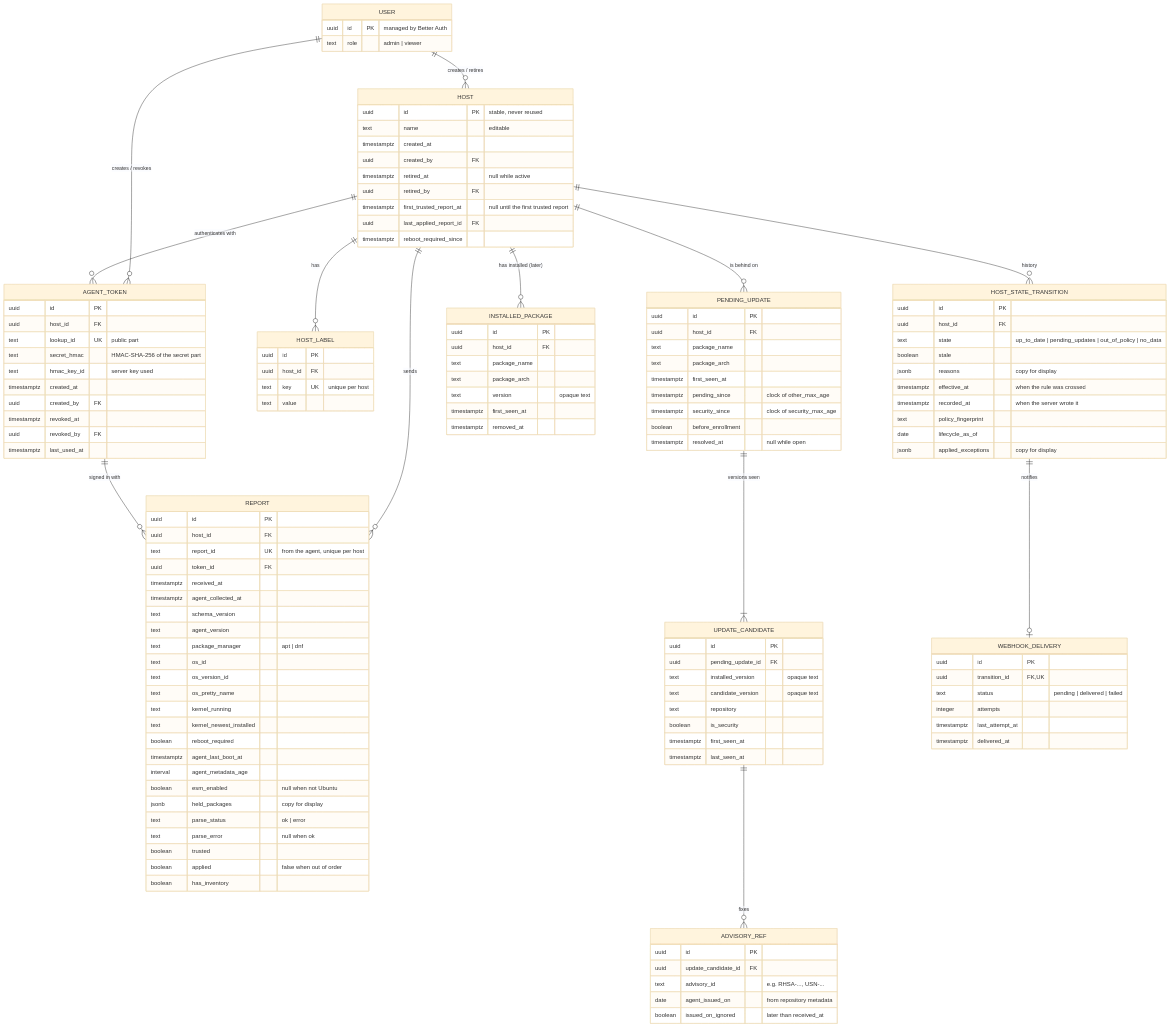
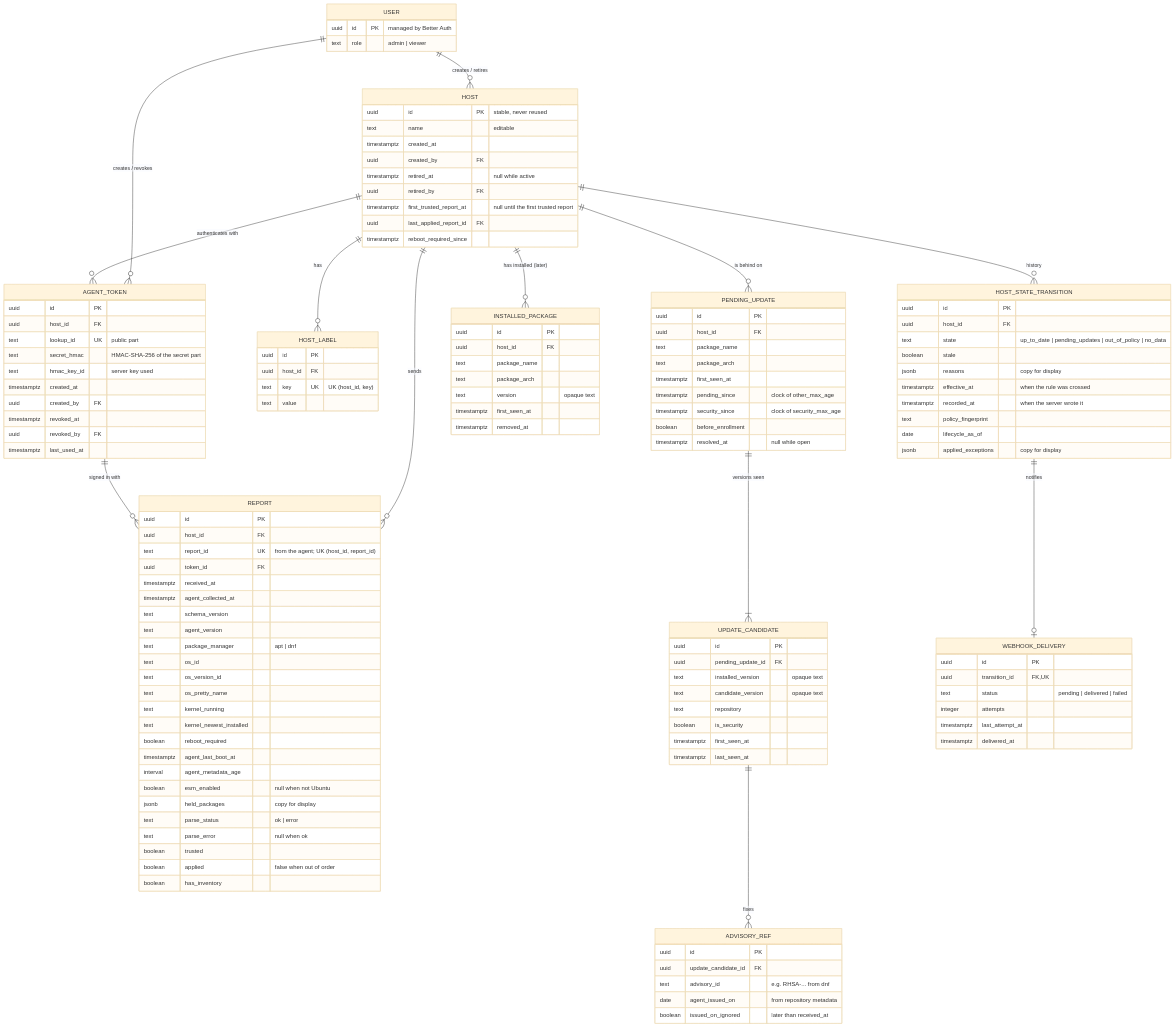
Before and after one commit to andresBR8/patchconi: the diagram in docs/product/domain-model.md, drawn with Mermaid (base theme). The commit also changed other lines of this file and 5 other files, not shown here.

```diff
--- a/docs/product/domain-model.md
+++ b/docs/product/domain-model.md
@@ -49,7 +49,7 @@
     HOST_LABEL {
         uuid id PK
         uuid host_id FK
-        text key UK "unique per host"
+        text key UK "UK (host_id, key)"
         text value
     }
     AGENT_TOKEN {
@@ -67,7 +67,7 @@
     REPORT {
         uuid id PK
         uuid host_id FK
-        text report_id UK "from the agent, unique per host"
+        text report_id UK "from the agent; UK (host_id, report_id)"
         uuid token_id FK
         timestamptz received_at
         timestamptz agent_collected_at
@@ -114,7 +114,7 @@
     ADVISORY_REF {
         uuid id PK
         uuid update_candidate_id FK
-        text advisory_id "e.g. RHSA-..., USN-..."
+        text advisory_id "e.g. RHSA-... from dnf"
         date agent_issued_on "from repository metadata"
         boolean issued_on_ignored "later than received_at"
     }
```
